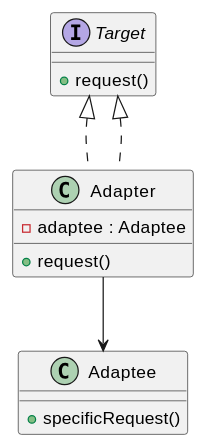
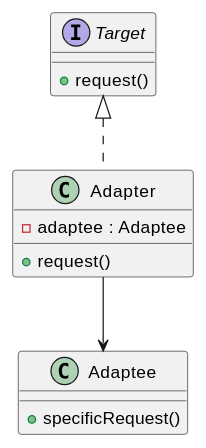
One commit to lpenap/java-patterns-and-constructs changed the diagram in src/main/java/com/penapereira/example/constructs/adapter/README.md. Above: the diagram before and after it, drawn with PlantUML. The commit also changed other lines of this file and 18 other files, not shown here.

Commit message:
Add descriptions and class diagrams for each pattern and problem

````diff
--- a/src/main/java/com/penapereira/example/constructs/adapter/README.md
+++ b/src/main/java/com/penapereira/example/constructs/adapter/README.md
@@ -6,16 +9,15 @@
 ```plantuml
 @startuml
 interface Target {
     +request()
 }
 class Adaptee {
     +specificRequest()
 }
 class Adapter implements Target {
     -adaptee : Adaptee
     +request()
 }
-Target <|.. Adapter
 Adapter --> Adaptee
 @enduml
 ```
````
